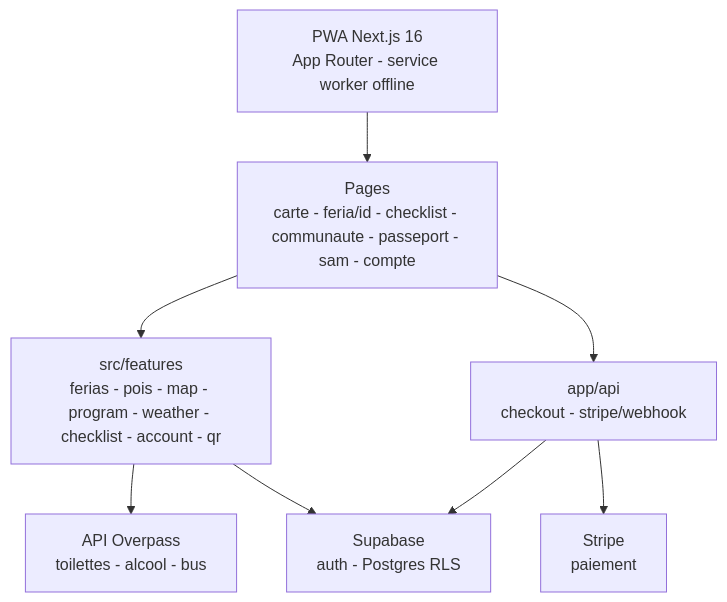
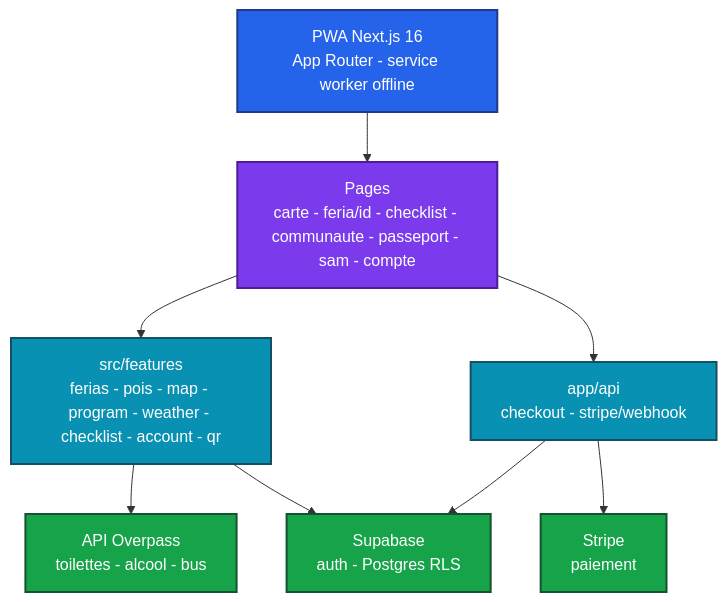
The diagram in README.md (Adam-Blf/festayre), drawn with Mermaid before and after one commit.

Commit message:
docs: add colors to mermaid diagrams (#21)
Each node gets a palette class (by subgraph or by flow depth), subgraphs are tinted, non-flowchart diagrams use a colored base theme. Validated by rendering every diagram before and after.

````diff
--- a/README.md
+++ b/README.md
@@ -108,15 +108,24 @@
 ```mermaid
 flowchart TB
     PWA["PWA Next.js 16<br/>App Router - service worker offline"]
     PAGES["Pages<br/>carte - feria/id - checklist - communaute - passeport - sam - compte"]
     FEAT["src/features<br/>ferias - pois - map - program - weather - checklist - account - qr"]
     API["app/api<br/>checkout - stripe/webhook"]
     OVER["API Overpass<br/>toilettes - alcool - bus"]
     SUPA["Supabase<br/>auth - Postgres RLS"]
     STRIPE["Stripe<br/>paiement"]
     PWA --> PAGES --> FEAT
     FEAT --> OVER
     FEAT --> SUPA
     PAGES --> API --> STRIPE
     API --> SUPA
+
+    classDef c0 fill:#2563eb,stroke:#1e3a8a,stroke-width:2px,color:#ffffff
+    classDef c1 fill:#7c3aed,stroke:#4c1d95,stroke-width:2px,color:#ffffff
+    classDef c2 fill:#0891b2,stroke:#164e63,stroke-width:2px,color:#ffffff
+    classDef c3 fill:#16a34a,stroke:#14532d,stroke-width:2px,color:#ffffff
+    class PWA c0
+    class PAGES c1
+    class FEAT,API c2
+    class OVER,SUPA,STRIPE c3
 ```
````
